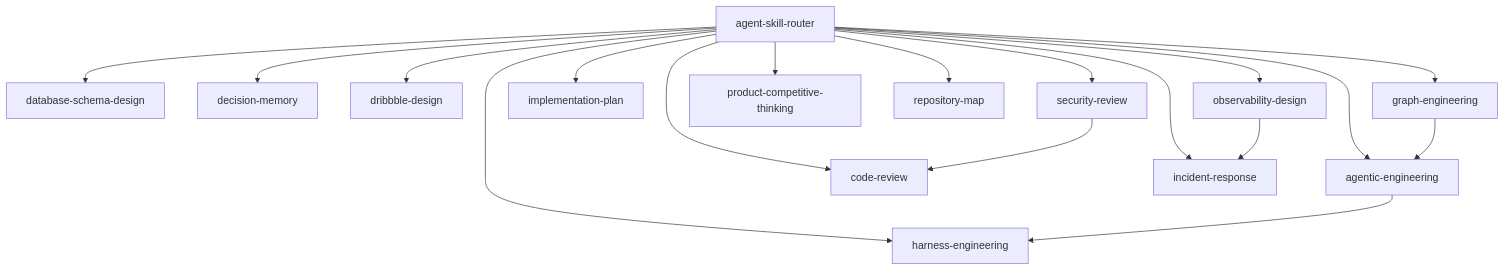
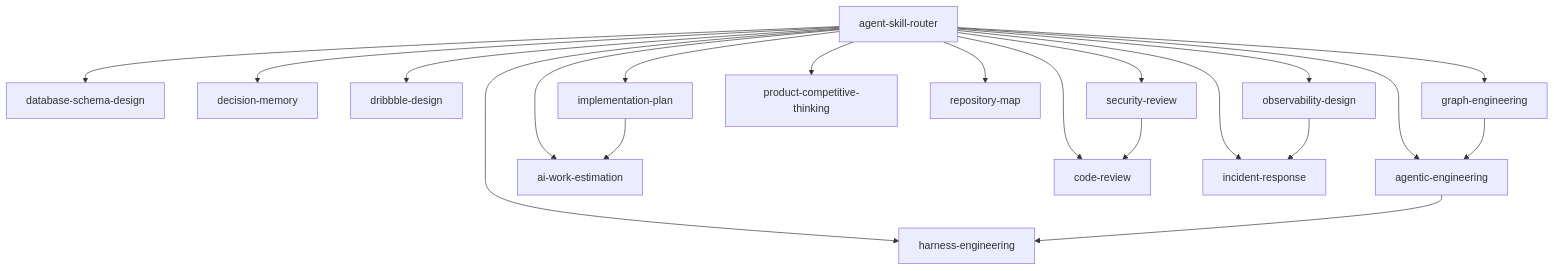
Before and after one commit to anuragsarkar97/skills: the diagram in skills/graph.mmd, drawn with Mermaid. The commit also changed 12 other files, not shown here.

```diff
--- a/skills/graph.mmd
+++ b/skills/graph.mmd
@@ -1,18 +1,20 @@
 graph TD
   agent_skill_router["agent-skill-router"] --> agentic_engineering["agentic-engineering"]
+  agent_skill_router["agent-skill-router"] --> ai_work_estimation["ai-work-estimation"]
   agent_skill_router["agent-skill-router"] --> code_review["code-review"]
   agent_skill_router["agent-skill-router"] --> database_schema_design["database-schema-design"]
   agent_skill_router["agent-skill-router"] --> decision_memory["decision-memory"]
   agent_skill_router["agent-skill-router"] --> dribbble_design["dribbble-design"]
   agent_skill_router["agent-skill-router"] --> graph_engineering["graph-engineering"]
   agent_skill_router["agent-skill-router"] --> harness_engineering["harness-engineering"]
   agent_skill_router["agent-skill-router"] --> implementation_plan["implementation-plan"]
   agent_skill_router["agent-skill-router"] --> incident_response["incident-response"]
   agent_skill_router["agent-skill-router"] --> observability_design["observability-design"]
   agent_skill_router["agent-skill-router"] --> product_competitive_thinking["product-competitive-thinking"]
   agent_skill_router["agent-skill-router"] --> repository_map["repository-map"]
   agent_skill_router["agent-skill-router"] --> security_review["security-review"]
   agentic_engineering["agentic-engineering"] --> harness_engineering["harness-engineering"]
   graph_engineering["graph-engineering"] --> agentic_engineering["agentic-engineering"]
+  implementation_plan["implementation-plan"] --> ai_work_estimation["ai-work-estimation"]
   observability_design["observability-design"] --> incident_response["incident-response"]
   security_review["security-review"] --> code_review["code-review"]
```
